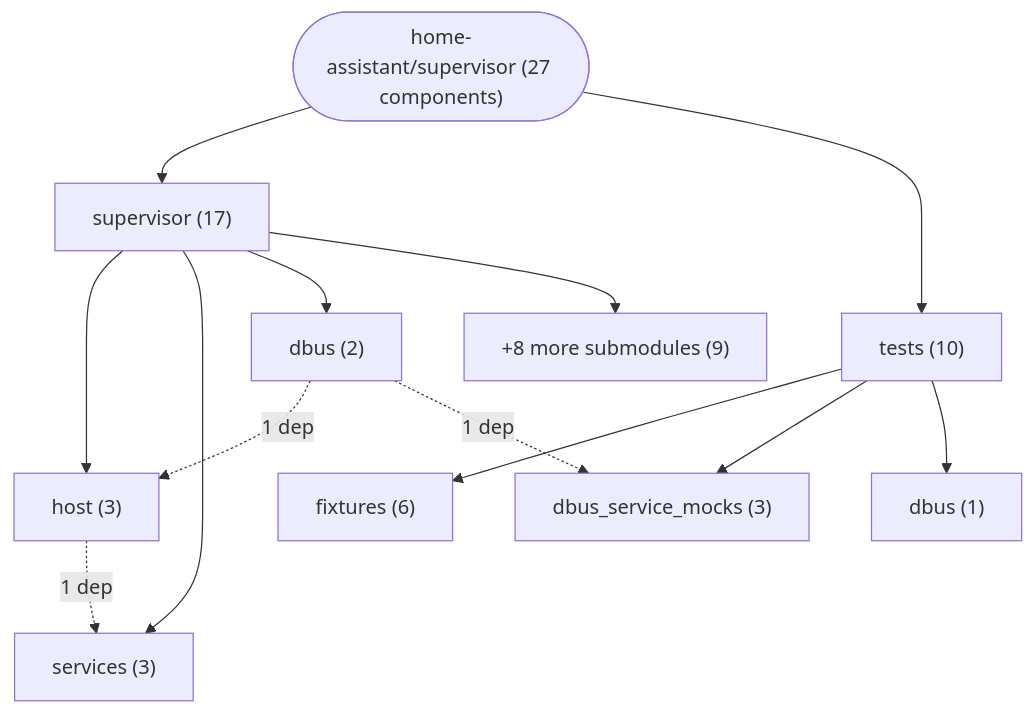
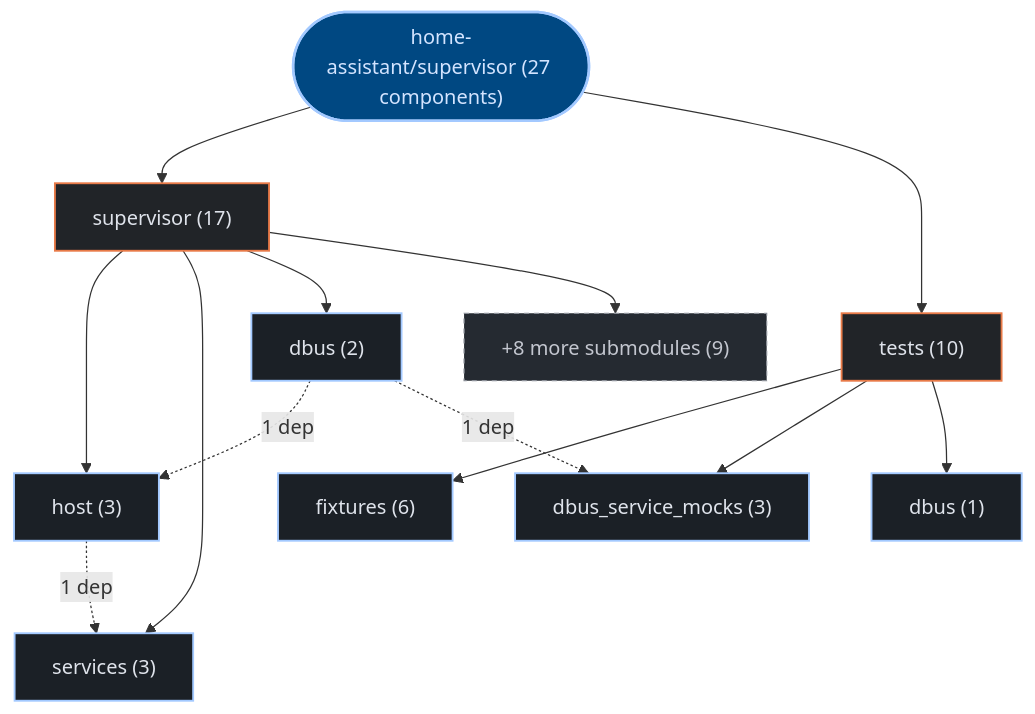
One commit to kumarshaz/atruss-code-atlas changed the first of 2 diagrams in exports/latest/reports/home-assistant-supervisor-report.md. Above: the diagram before and after it, drawn with Mermaid. The commit also changed other lines of this file and 331 other files, not shown here.

Commit message:
docs,ui,fix: update SDLC docs, reorder CI/CD DAG first, stylize Mermaid, and fix Arc42 pipeline topology

````diff
--- a/exports/latest/reports/home-assistant-supervisor-report.md
+++ b/exports/latest/reports/home-assistant-supervisor-report.md
@@ -42,25 +42,32 @@
 ```mermaid
 graph TD;
-    repo_root(["home-assistant/supervisor (27 components)"])
-    dir_0_supervisor["supervisor (17)"]
+  classDef atlasRoot fill:#004882,stroke:#a3c9ff,stroke-width:2px,color:#d3e4ff
+  classDef atlasCategory fill:#212428,stroke:#E87A48,stroke-width:1.5px,color:#dfe3eb
+  classDef atlasWorkflow fill:#1b2026,stroke:#a3c9ff,stroke-width:1.5px,color:#dfe3eb
+  classDef atlasJob fill:#171c22,stroke:#8d9199,stroke-width:1px,color:#dfe3eb
+  classDef atlasTarget fill:#005227,stroke:#8bd99b,stroke-width:1.5px,color:#a7f6b6
+  classDef atlasAlert fill:#93000a,stroke:#ffb4ab,stroke-width:1.5px,color:#ffdad6
+  classDef atlasMore fill:#252a31,stroke:#8d9199,stroke-dasharray:4 4,color:#c3c6cf
+    repo_root(["home-assistant/supervisor (27 components)"]):::atlasRoot
+    dir_0_supervisor["supervisor (17)"]:::atlasCategory
     repo_root --> dir_0_supervisor
-    sub_0_0_host["host (3)"]
+    sub_0_0_host["host (3)"]:::atlasWorkflow
     dir_0_supervisor --> sub_0_0_host
-    sub_0_1_services["services (3)"]
+    sub_0_1_services["services (3)"]:::atlasWorkflow
     dir_0_supervisor --> sub_0_1_services
-    sub_0_2_dbus["dbus (2)"]
+    sub_0_2_dbus["dbus (2)"]:::atlasWorkflow
     dir_0_supervisor --> sub_0_2_dbus
-    sub_0_more["+8 more submodules (9)"]
+    sub_0_more["+8 more submodules (9)"]:::atlasMore
     dir_0_supervisor --> sub_0_more
-    dir_1_tests["tests (10)"]
+    dir_1_tests["tests (10)"]:::atlasCategory
     repo_root --> dir_1_tests
-    sub_1_0_fixtures["fixtures (6)"]
+    sub_1_0_fixtures["fixtures (6)"]:::atlasWorkflow
     dir_1_tests --> sub_1_0_fixtures
-    sub_1_1_dbus_service_mocks["dbus_service_mocks (3)"]
+    sub_1_1_dbus_service_mocks["dbus_service_mocks (3)"]:::atlasWorkflow
     dir_1_tests --> sub_1_1_dbus_service_mocks
-    sub_1_2_dbus["dbus (1)"]
+    sub_1_2_dbus["dbus (1)"]:::atlasWorkflow
     dir_1_tests --> sub_1_2_dbus
     sub_0_0_host -.->|"1 dep"| sub_0_1_services
     sub_0_2_dbus -.->|"1 dep"| sub_0_0_host
     sub_0_2_dbus -.->|"1 dep"| sub_1_1_dbus_service_mocks
 ```
````
